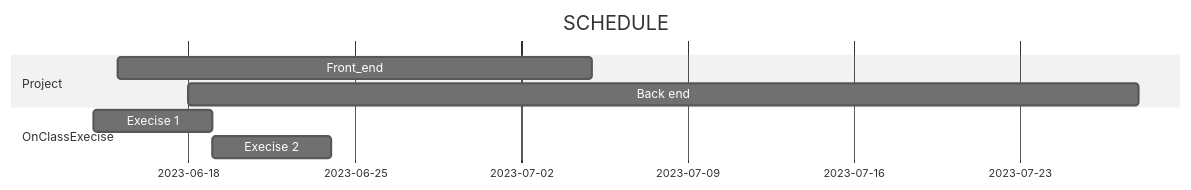
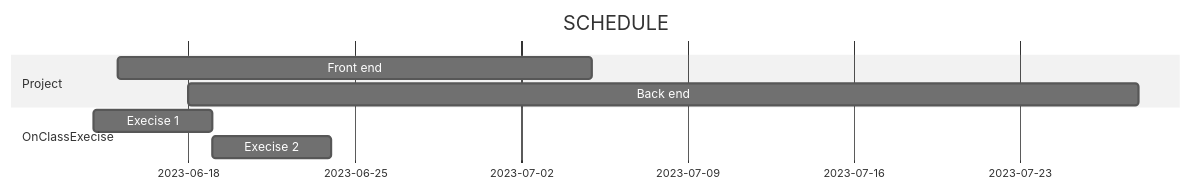
Before and after one commit to ocsiker/databaseOnClass: the diagram in README.md, drawn with Mermaid (neutral theme).

Commit message:
feat(docs): delete hyphen

````diff
--- a/README.md
+++ b/README.md
@@ -12,13 +12,13 @@
 ```mermaid
 gantt
 title  SCHEDULE 
 dateFormat  DD-MM-YY 
 section Project
-Front_end: fe, 15-06-23, 20d
+Front end: fe, 15-06-23, 20d
 Back end: be, 18-06-23, 40d
 section OnClassExecise
 Execise 1: ex1, 14-06-23, 5d
 Execise 2: after ex1 ex2, 5d
 
 
 ```
````
